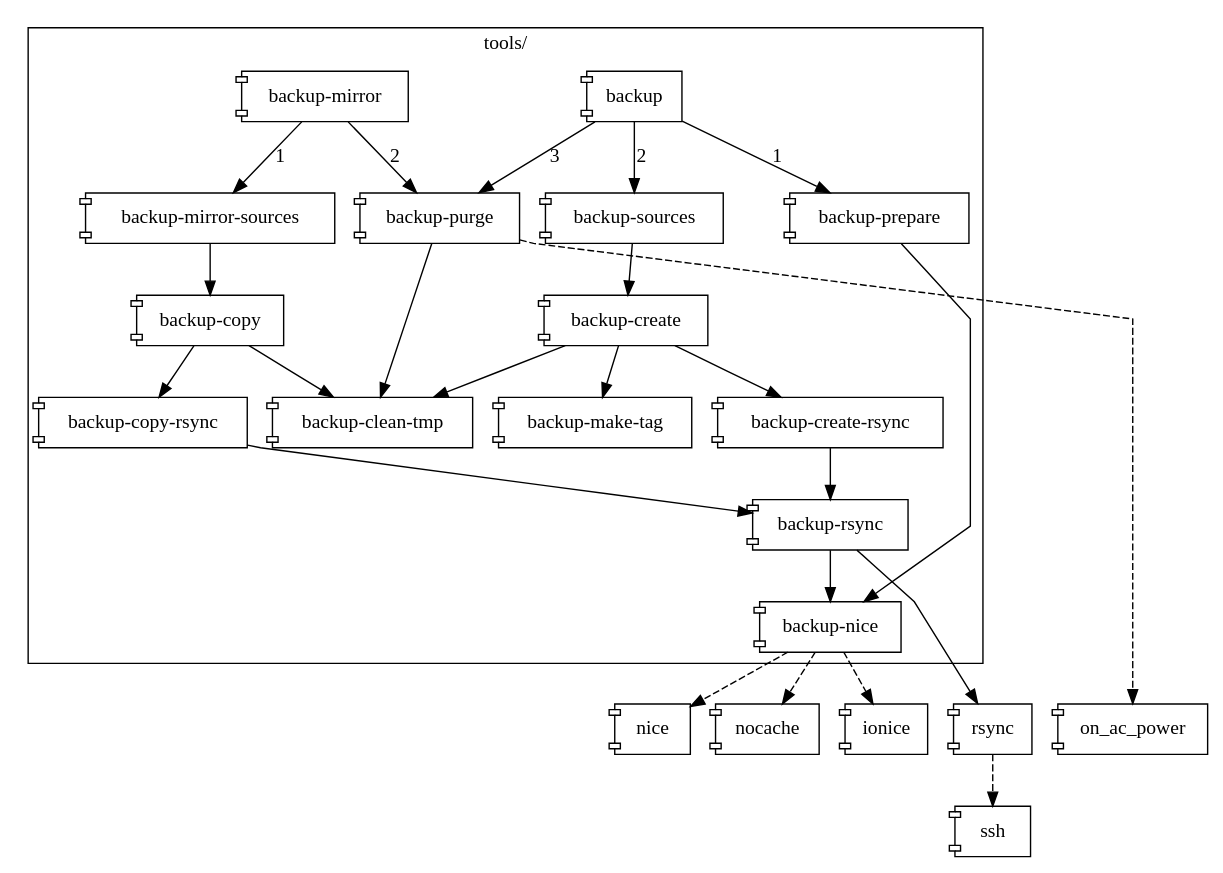
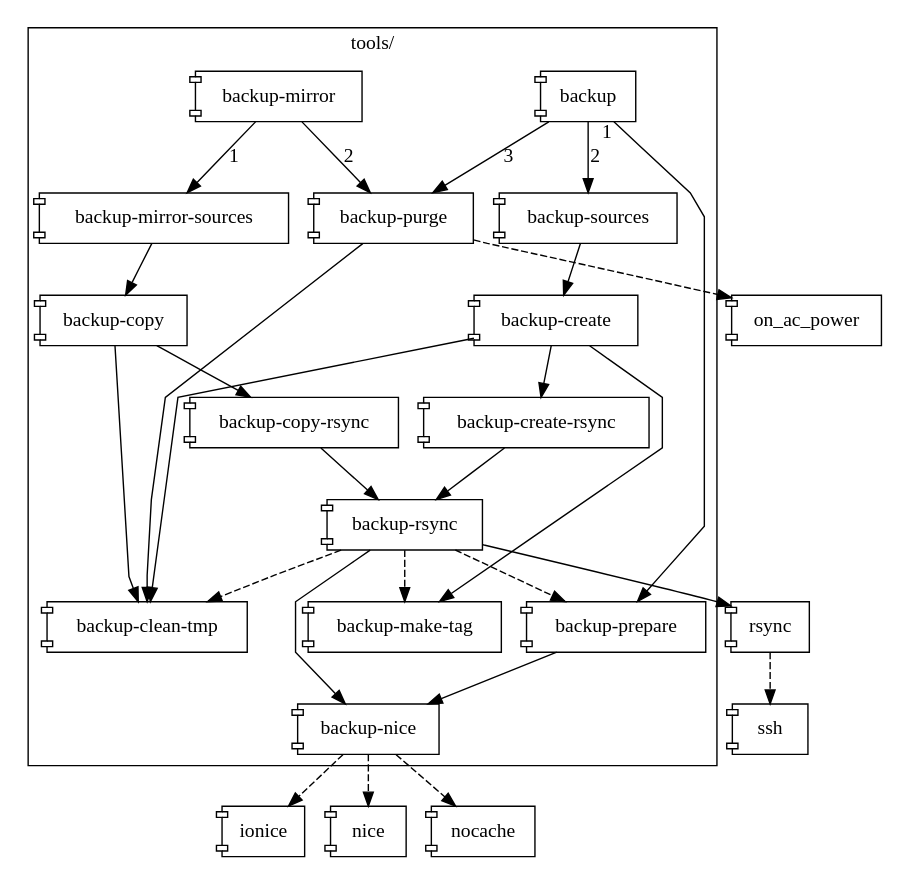
One commit to eehakkin/rsync-backup changed the diagram in tools/doc/backup-all.gv. Above: the diagram before and after it, drawn with Graphviz. The commit also changed 4 other files, not shown here.

```diff
--- a/tools/doc/backup-all.gv
+++ b/tools/doc/backup-all.gv
@@ -1,31 +1,34 @@
 digraph "rsync-backup" {
 	graph	[ splines = polyline ]
 	node	[ shape = component ]
 	subgraph "cluster:tools" {
 		graph	[ label = "tools/" ]
 		node	[ target = "_parent", URL = "../#\N" ]
-		"backup"		-> "backup-prepare"		[ label = 1 ]
+		"backup"		-> "backup-prepare"		[ taillabel = 1 ]
 		"backup"		-> "backup-sources"		[ label = 2 ]
 		"backup"		-> "backup-purge"		[ label = 3 ]
 		"backup-copy"		-> "backup-clean-tmp"
 		"backup-copy"		-> "backup-copy-rsync"
 		"backup-copy-rsync"	-> "backup-rsync"
 		"backup-create"		-> "backup-clean-tmp"
 		"backup-create"		-> "backup-create-rsync"
 		"backup-create"		-> "backup-make-tag"
 		"backup-create-rsync"	-> "backup-rsync"
 		"backup-mirror"		-> "backup-mirror-sources"	[ label = 1 ]
 		"backup-mirror"		-> "backup-purge"		[ label = 2 ]
 		"backup-mirror-sources"	-> "backup-copy"
-		"backup-prepare"	-> "backup-nice"		[ minlen = 4 ]
+		"backup-prepare"	-> "backup-nice"
 		"backup-purge"		-> "backup-clean-tmp"
-		"backup-rsync"		-> "backup-nice"
+		"backup-rsync"		-> "backup-clean-tmp"		[ style = dashed ]
+		"backup-rsync"		-> "backup-make-tag"		[ style = dashed ]
+		"backup-rsync"		-> "backup-nice"		[ minlen = 2 ]
+		"backup-rsync"		-> "backup-prepare"		[ style = dashed ]
 		"backup-sources"	-> "backup-create"
 	}
 	"backup-nice"	-> "ionice"		[ style = dashed ]
 	"backup-nice"	-> "nice"		[ style = dashed ]
 	"backup-nice"	-> "nocache"		[ style = dashed ]
-	"backup-purge"	-> "on_ac_power"	[ minlen = 5, style = dashed ]
-	"backup-rsync"	-> "rsync"		[ minlen = 2 ]
+	"backup-purge"	-> "on_ac_power"	[ style = dashed ]
+	"backup-rsync"	-> "rsync"
 	"rsync"		-> "ssh"		[ style = dashed ]
 }
```
